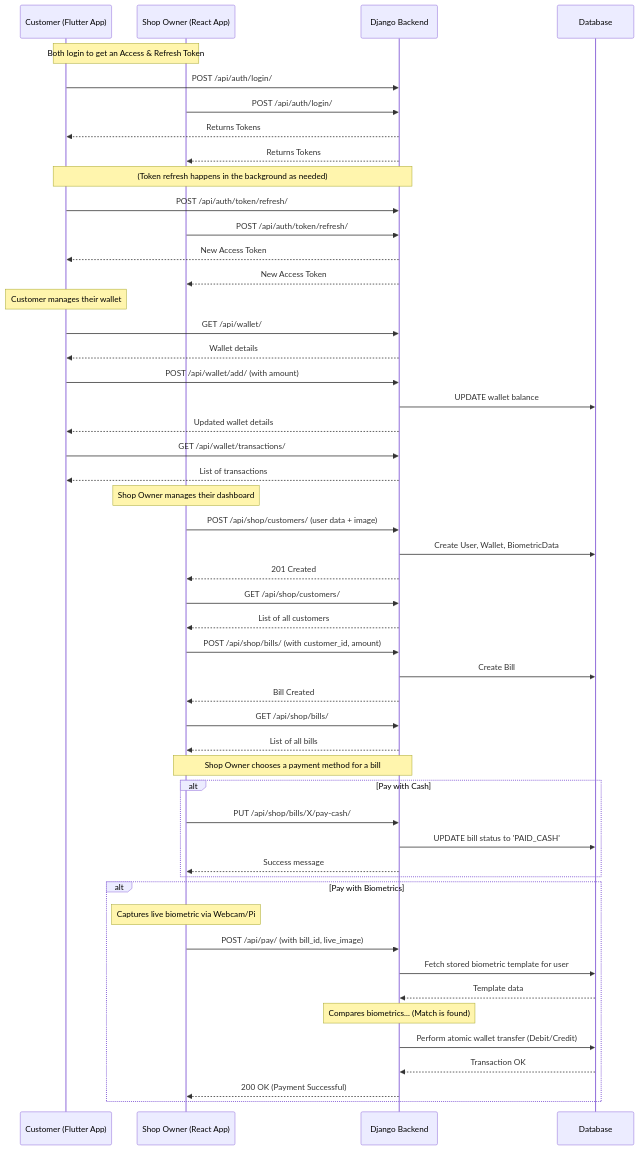
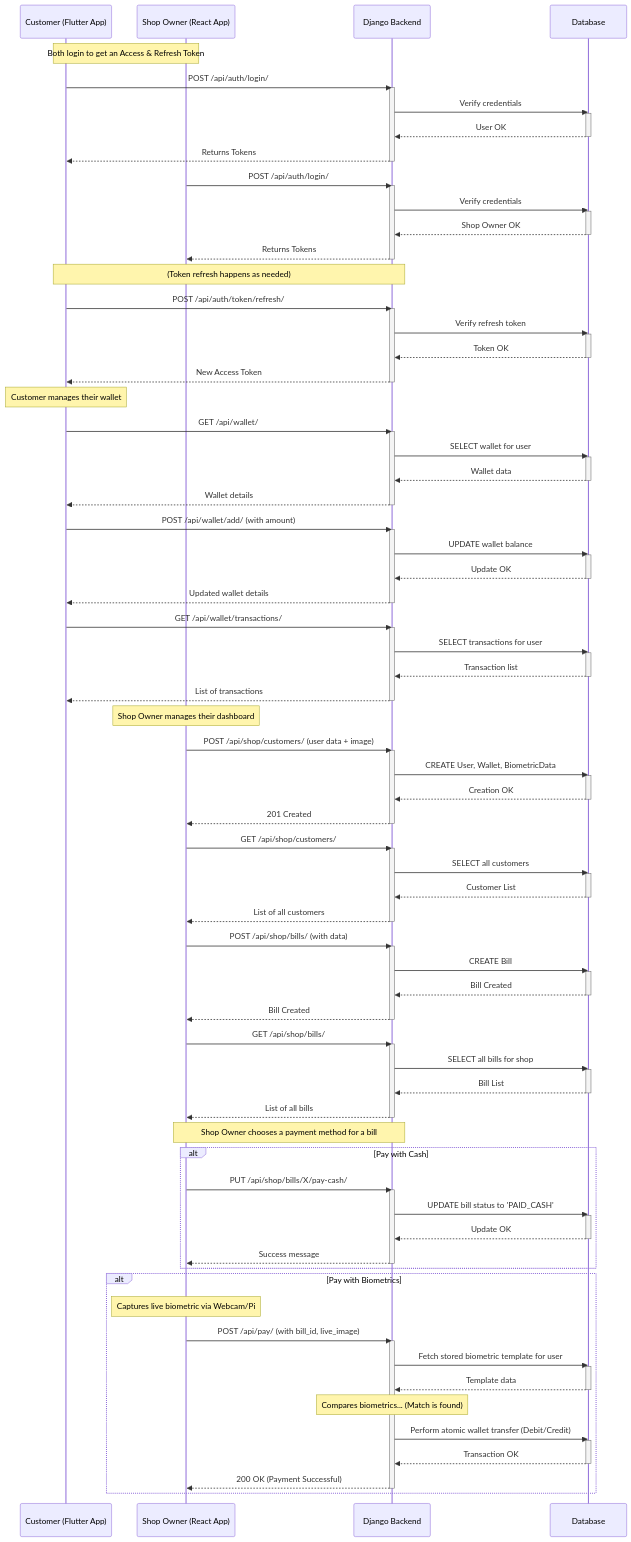
One commit to hameed-aliyar/vein-pay-backend changed the diagram in README.md. Above: the diagram before and after it, drawn with Mermaid.

Commit message:
sequence diagram updated.

````diff
--- a/README.md
+++ b/README.md
@@ -176,56 +176,127 @@
 
     Note over Customer, ShopOwner: Both login to get an Access & Refresh Token
     Customer->>Backend: POST /api/auth/login/
+    activate Backend
+    Backend->>DB: Verify credentials
+    activate DB
+    DB-->>Backend: User OK
+    deactivate DB
+    Backend-->>Customer: Returns Tokens
+    deactivate Backend
+
     ShopOwner->>Backend: POST /api/auth/login/
-    Backend-->>Customer: Returns Tokens
+    activate Backend
+    Backend->>DB: Verify credentials
+    activate DB
+    DB-->>Backend: Shop Owner OK
+    deactivate DB
     Backend-->>ShopOwner: Returns Tokens
+    deactivate Backend
 
-    Note over Backend, Customer: (Token refresh happens in the background as needed)
+    Note over Backend, Customer: (Token refresh happens as needed)
     Customer->>Backend: POST /api/auth/token/refresh/
-    ShopOwner->>Backend: POST /api/auth/token/refresh/
+    activate Backend
+    Backend->>DB: Verify refresh token
+    activate DB
+    DB-->>Backend: Token OK
+    deactivate DB
     Backend-->>Customer: New Access Token
-    Backend-->>ShopOwner: New Access Token
+    deactivate Backend
 
     Note over Customer: Customer manages their wallet
     Customer->>Backend: GET /api/wallet/
+    activate Backend
+    Backend->>DB: SELECT wallet for user
+    activate DB
+    DB-->>Backend: Wallet data
+    deactivate DB
     Backend-->>Customer: Wallet details
+    deactivate Backend
+
     Customer->>Backend: POST /api/wallet/add/ (with amount)
+    activate Backend
     Backend->>DB: UPDATE wallet balance
+    activate DB
+    DB-->>Backend: Update OK
+    deactivate DB
     Backend-->>Customer: Updated wallet details
+    deactivate Backend
+
     Customer->>Backend: GET /api/wallet/transactions/
+    activate Backend
+    Backend->>DB: SELECT transactions for user
+    activate DB
+    DB-->>Backend: Transaction list
+    deactivate DB
     Backend-->>Customer: List of transactions
+    deactivate Backend
 
     Note over ShopOwner: Shop Owner manages their dashboard
     ShopOwner->>Backend: POST /api/shop/customers/ (user data + image)
-    Backend->>DB: Create User, Wallet, BiometricData
+    activate Backend
+    Backend->>DB: CREATE User, Wallet, BiometricData
+    activate DB
+    DB-->>Backend: Creation OK
+    deactivate DB
     Backend-->>ShopOwner: 201 Created
+    deactivate Backend
+
     ShopOwner->>Backend: GET /api/shop/customers/
+    activate Backend
+    Backend->>DB: SELECT all customers
+    activate DB
+    DB-->>Backend: Customer List
+    deactivate DB
     Backend-->>ShopOwner: List of all customers
+    deactivate Backend
 
-    ShopOwner->>Backend: POST /api/shop/bills/ (with customer_id, amount)
-    Backend->>DB: Create Bill
+    ShopOwner->>Backend: POST /api/shop/bills/ (with data)
+    activate Backend
+    Backend->>DB: CREATE Bill
+    activate DB
+    DB-->>Backend: Bill Created
+    deactivate DB
     Backend-->>ShopOwner: Bill Created
+    deactivate Backend
+
     ShopOwner->>Backend: GET /api/shop/bills/
+    activate Backend
+    Backend->>DB: SELECT all bills for shop
+    activate DB
+    DB-->>Backend: Bill List
+    deactivate DB
     Backend-->>ShopOwner: List of all bills
+    deactivate Backend
 
     Note over ShopOwner, Backend: Shop Owner chooses a payment method for a bill
 
     alt Pay with Cash
         ShopOwner->>Backend: PUT /api/shop/bills/X/pay-cash/
+        activate Backend
         Backend->>DB: UPDATE bill status to 'PAID_CASH'
+        activate DB
+        DB-->>Backend: Update OK
+        deactivate DB
         Backend-->>ShopOwner: Success message
+        deactivate Backend
     end
 
     alt Pay with Biometrics
         Note over ShopOwner: Captures live biometric via Webcam/Pi
         ShopOwner->>Backend: POST /api/pay/ (with bill_id, live_image)
+        activate Backend
         Backend->>DB: Fetch stored biometric template for user
+        activate DB
         DB-->>Backend: Template data
+        deactivate DB
         
         Note over Backend: Compares biometrics... (Match is found)
         
         Backend->>DB: Perform atomic wallet transfer (Debit/Credit)
+        activate DB
         DB-->>Backend: Transaction OK
+        deactivate DB
         Backend-->>ShopOwner: 200 OK (Payment Successful)
+        deactivate Backend
     end
 ```
````
